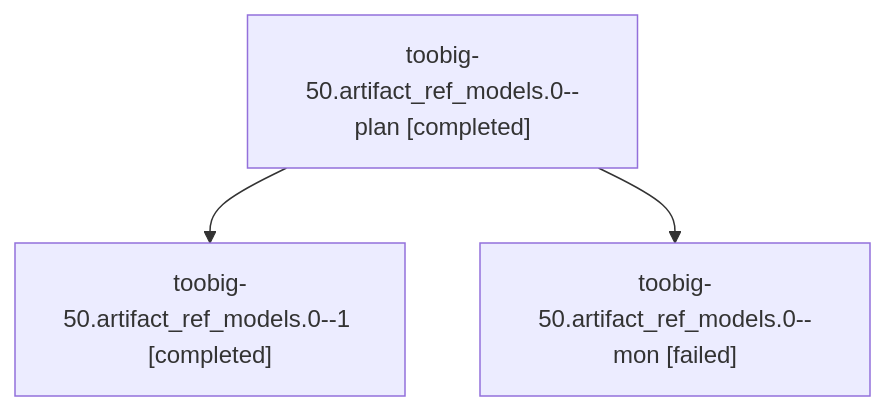
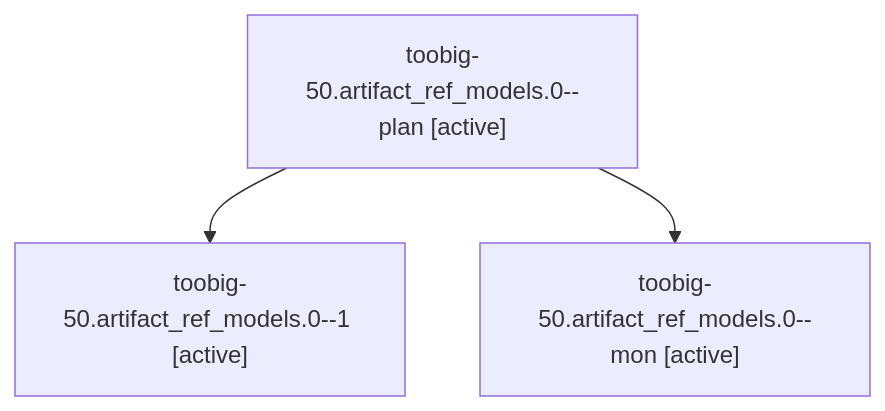
One commit to sase-org/sase--agents changed the diagram in families/bbugyi200.athena.toobig-50.artifact_ref_models.0.md. Above: the diagram before and after it, drawn with Mermaid. The commit also changed other lines of this file and 35830 other files, not shown here.

````diff
--- a/families/bbugyi200.athena.toobig-50.artifact_ref_models.0.md
+++ b/families/bbugyi200.athena.toobig-50.artifact_ref_models.0.md
@@ -9,8 +9,8 @@
 ```mermaid
 flowchart TD
-  n0["toobig-50.artifact_ref_models.0--plan [completed]"]
-  n1["toobig-50.artifact_ref_models.0--1 [completed]"]
+  n0["toobig-50.artifact_ref_models.0--plan [active]"]
+  n1["toobig-50.artifact_ref_models.0--1 [active]"]
   n0 --> n1
-  n2["toobig-50.artifact_ref_models.0--mon [failed]"]
+  n2["toobig-50.artifact_ref_models.0--mon [active]"]
   n0 --> n2
 ```
````
